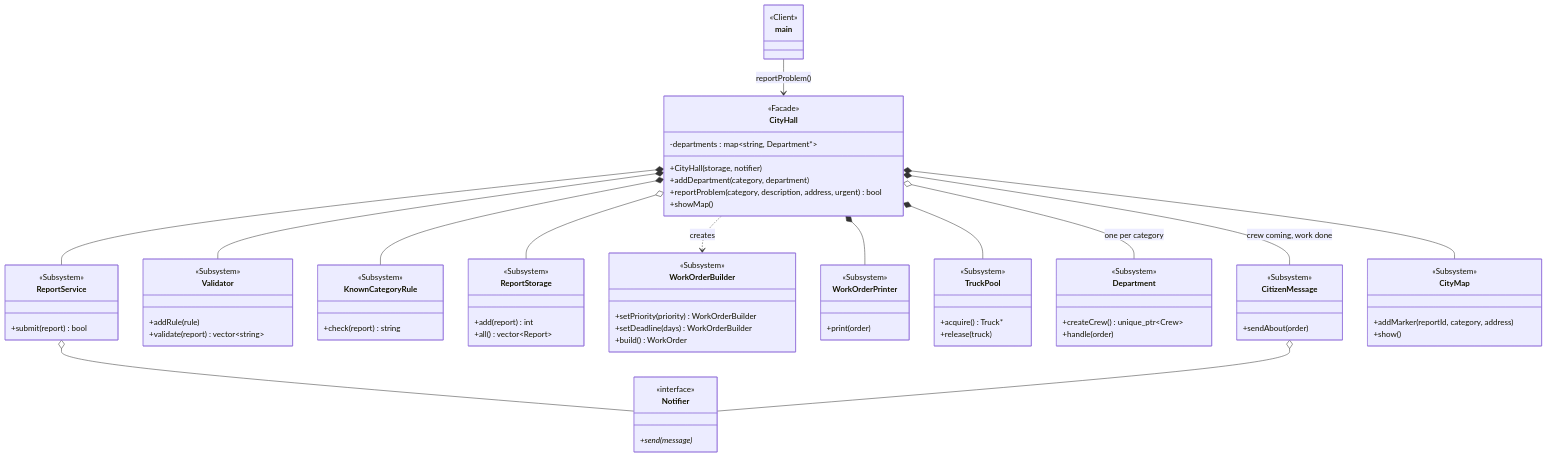
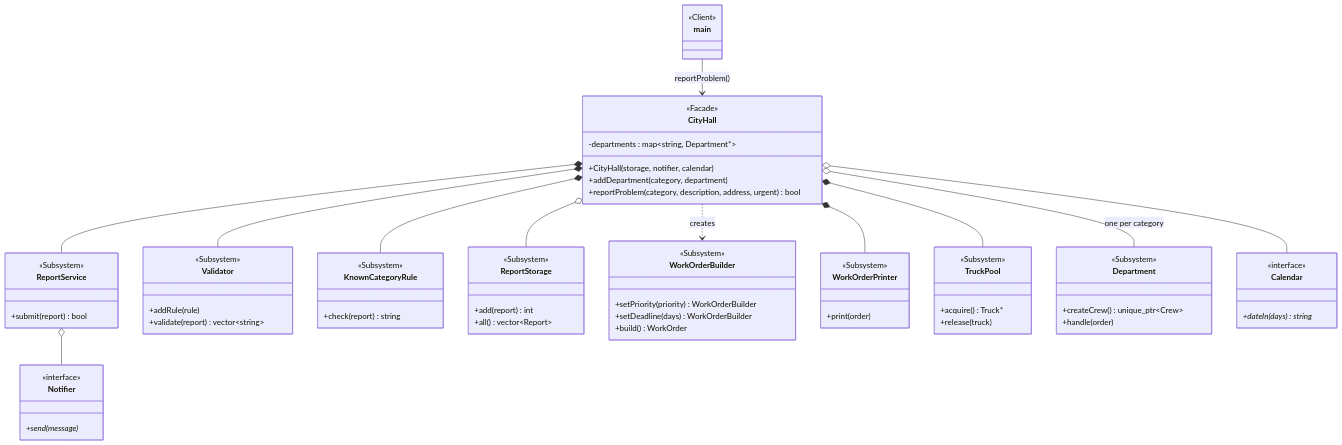
Before and after one commit to EftodeAndreiFAF242/TMPS: the fifth of 5 diagrams in Lab3/REPORT.md, drawn with Mermaid. The commit also changed other lines of this file and 2 other files, not shown here.

First line of the commit message:
Rewrite the report for the four patterns and the calendar adapter

````diff
--- a/Lab3/REPORT.md
+++ b/Lab3/REPORT.md
@@ -799,78 +450,70 @@
 ```mermaid
 classDiagram
     class main {
         <<Client>>
     }
     class CityHall {
         <<Facade>>
         -departments : map~string, Department*~
-        +CityHall(storage, notifier)
+        +CityHall(storage, notifier, calendar)
         +addDepartment(category, department)
         +reportProblem(category, description, address, urgent) bool
-        +showMap()
     }
     class ReportService {
         <<Subsystem>>
         +submit(report) bool
     }
     class Validator {
         <<Subsystem>>
         +addRule(rule)
         +validate(report) vector~string~
     }
     class KnownCategoryRule {
         <<Subsystem>>
         +check(report) string
     }
     class ReportStorage {
         <<Subsystem>>
         +add(report) int
         +all() vector~Report~
     }
     class WorkOrderBuilder {
         <<Subsystem>>
         +setPriority(priority) WorkOrderBuilder
         +setDeadline(days) WorkOrderBuilder
         +build() WorkOrder
     }
     class WorkOrderPrinter {
         <<Subsystem>>
         +print(order)
     }
     class TruckPool {
         <<Subsystem>>
         +acquire() Truck#42;
         +release(truck)
     }
     class Department {
         <<Subsystem>>
         +createCrew() unique_ptr~Crew~
         +handle(order)
     }
-    class CitizenMessage {
-        <<Subsystem>>
-        +sendAbout(order)
-    }
-    class CityMap {
-        <<Subsystem>>
-        +addMarker(reportId, category, address)
-        +show()
+    class Calendar {
+        <<interface>>
+        +dateIn(days) string*
     }
     class Notifier {
         <<interface>>
         +send(message)*
     }
     main --> CityHall : reportProblem()
     CityHall *-- Validator
     CityHall *-- KnownCategoryRule
     CityHall *-- ReportService
     CityHall *-- WorkOrderPrinter
     CityHall *-- TruckPool
-    CityHall *-- CitizenMessage : crew coming, work done
-    CityHall *-- CityMap
     CityHall o-- ReportStorage
+    CityHall o-- Calendar
     CityHall o-- Department : one per category
     CityHall ..> WorkOrderBuilder : creates
     ReportService o-- Notifier
-    CitizenMessage o-- Notifier
 ```
````
